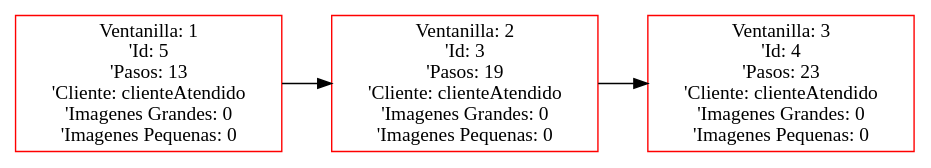
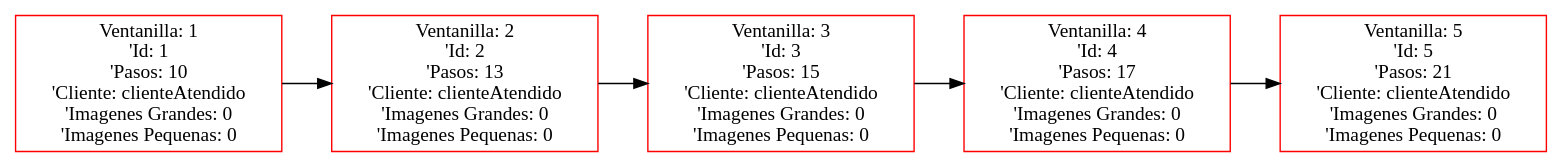
The diagram in Proyecto1/Proyecto1_202200089/Pruebas/PJ/Atendidos.dot (FranklinONP/EDD_PROYECTO_202200089), drawn with Graphviz before and after one commit. The commit also changed 15 other files, not shown here.

```diff
--- a/Proyecto1/Proyecto1_202200089/Pruebas/PJ/Atendidos.dot
+++ b/Proyecto1/Proyecto1_202200089/Pruebas/PJ/Atendidos.dot
@@ -1,8 +1,12 @@
  digraph G {
  rankdir=LR;
- node0 [label="Ventanilla: 1\n'Id: 5\n'Pasos: 13\n'Cliente: clienteAtendido\n'Imagenes Grandes: 0\n'Imagenes Pequenas: 0", color="red", shape="rectangle"];
- node1 [label="Ventanilla: 2\n'Id: 3\n'Pasos: 19\n'Cliente: clienteAtendido\n'Imagenes Grandes: 0\n'Imagenes Pequenas: 0", color="red", shape="rectangle"];
+ node0 [label="Ventanilla: 1\n'Id: 1\n'Pasos: 10\n'Cliente: clienteAtendido\n'Imagenes Grandes: 0\n'Imagenes Pequenas: 0", color="red", shape="rectangle"];
+ node1 [label="Ventanilla: 2\n'Id: 2\n'Pasos: 13\n'Cliente: clienteAtendido\n'Imagenes Grandes: 0\n'Imagenes Pequenas: 0", color="red", shape="rectangle"];
  node0 -> node1 [dir="forward"];
- node2 [label="Ventanilla: 3\n'Id: 4\n'Pasos: 23\n'Cliente: clienteAtendido\n'Imagenes Grandes: 0\n'Imagenes Pequenas: 0", color="red", shape="rectangle"];
+ node2 [label="Ventanilla: 3\n'Id: 3\n'Pasos: 15\n'Cliente: clienteAtendido\n'Imagenes Grandes: 0\n'Imagenes Pequenas: 0", color="red", shape="rectangle"];
  node1 -> node2 [dir="forward"];
+ node3 [label="Ventanilla: 4\n'Id: 4\n'Pasos: 17\n'Cliente: clienteAtendido\n'Imagenes Grandes: 0\n'Imagenes Pequenas: 0", color="red", shape="rectangle"];
+ node2 -> node3 [dir="forward"];
+ node4 [label="Ventanilla: 5\n'Id: 5\n'Pasos: 21\n'Cliente: clienteAtendido\n'Imagenes Grandes: 0\n'Imagenes Pequenas: 0", color="red", shape="rectangle"];
+ node3 -> node4 [dir="forward"];
  }
```
